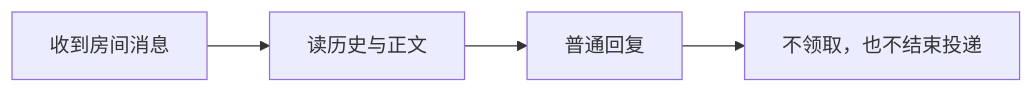
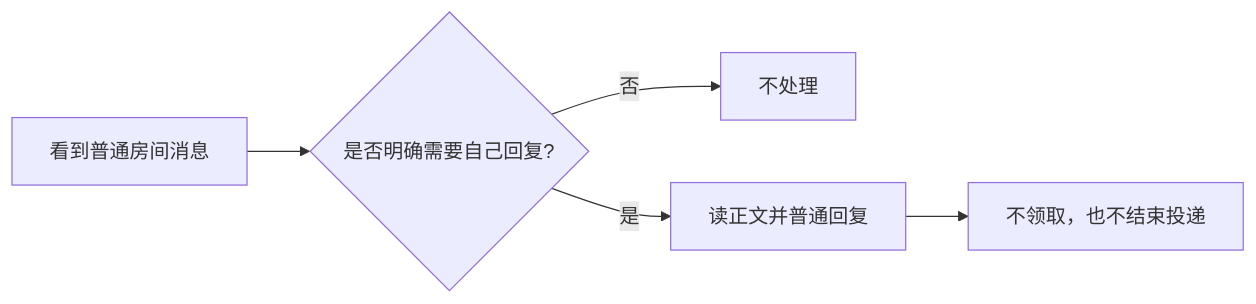
One commit to KonghaYao/agent-network changed the fourth of 14 diagrams in public/skills/agent-network-skills.md. Above: the diagram before and after it, drawn with Mermaid. The commit also changed other lines of this file and 16 other files, not shown here.

````diff
--- a/public/skills/agent-network-skills.md
+++ b/public/skills/agent-network-skills.md
@@ -119,6 +132,7 @@
 ```mermaid
 flowchart LR
-    A["收到房间消息"] --> B["读历史与正文"]
-    B --> C["普通回复"]
-    C --> D["不领取，也不结束投递"]
+    A["看到普通房间消息"] --> B{"是否明确需要自己回复?"}
+    B -- 否 --> C["不处理"]
+    B -- 是 --> D["读正文并普通回复"]
+    D --> E["不领取，也不结束投递"]
 ```
````
